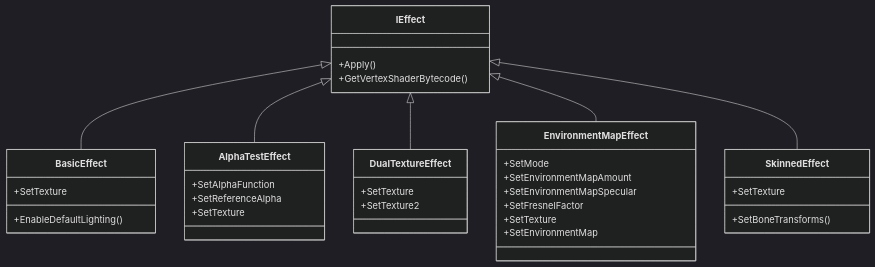
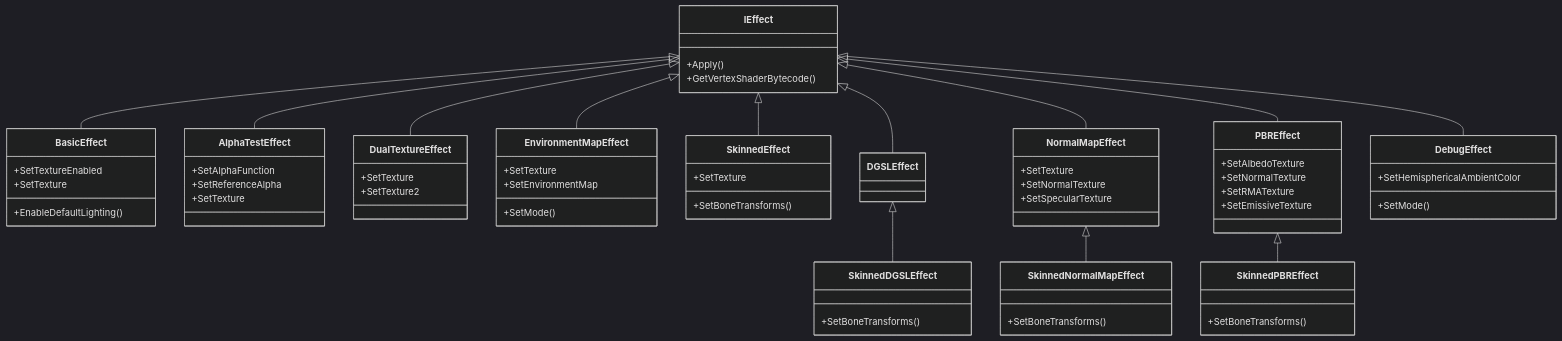
The diagram in Effects.md (neogrammer/Wiki), drawn with Mermaid (dark theme) before and after one commit.

Commit message:
Updated Effects (markdown)

````diff
--- a/Effects.md
+++ b/Effects.md
@@ -30,37 +30,67 @@
 ```mermaid
 classDiagram
 class IEffect{
     +Apply()
     +GetVertexShaderBytecode()
 }
 class BasicEffect{
+    +SetTextureEnabled
     +SetTexture
     +EnableDefaultLighting()
 }
 IEffect <|-- BasicEffect
 class AlphaTestEffect{
     +SetAlphaFunction
     +SetReferenceAlpha
     +SetTexture
 }
 IEffect <|-- AlphaTestEffect
 class DualTextureEffect{
     +SetTexture
     +SetTexture2
 }
 IEffect <|-- DualTextureEffect
 class EnvironmentMapEffect{
-    +SetMode
-    +SetEnvironmentMapAmount
-    +SetEnvironmentMapSpecular
-    +SetFresnelFactor
     +SetTexture
     +SetEnvironmentMap
+    +SetMode()
 }
 IEffect <|-- EnvironmentMapEffect
 class SkinnedEffect{
     +SetTexture
     +SetBoneTransforms()
 }
 IEffect <|-- SkinnedEffect
+class DGSLEffect
+IEffect <|-- DGSLEffect
+class SkinnedDGSLEffect{
+    +SetBoneTransforms()
+}
+DGSLEffect<|-- SkinnedDGSLEffect
+class NormalMapEffect{
+    +SetTexture
+    +SetNormalTexture
+    +SetSpecularTexture
+}
+IEffect <|-- NormalMapEffect
+class SkinnedNormalMapEffect{
+    +SetBoneTransforms()
+}
+NormalMapEffect <|-- SkinnedNormalMapEffect
+class PBREffect{
+    +SetAlbedoTexture
+    +SetNormalTexture
+    +SetRMATexture
+    +SetEmissiveTexture
+}
+IEffect <|-- PBREffect
+class SkinnedPBREffect{
+    +SetBoneTransforms()
+}
+PBREffect <|-- SkinnedPBREffect
+class DebugEffect{
+    +SetHemisphericalAmbientColor
+    +SetMode()
+}
+IEffect <|-- DebugEffect
 ```
````
